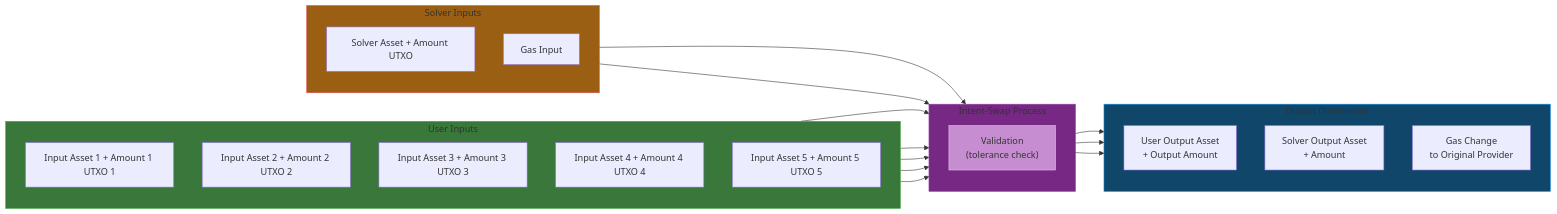
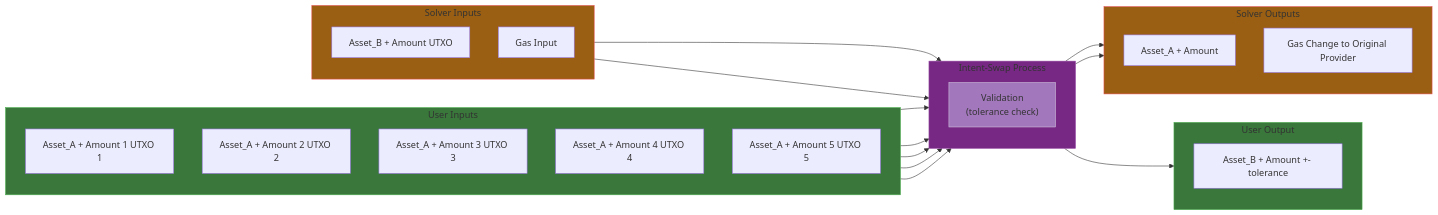
One commit to CatspersCoffee/intent-swap changed the diagram in README.md. Above: the diagram before and after it, drawn with Mermaid. The commit also changed other lines of this file, not shown here.

````diff
--- a/README.md
+++ b/README.md
@@ -110,46 +112,51 @@
 ```mermaid
 flowchart LR
     subgraph User["User Inputs"]
         direction TB
-        I1[Input Asset 1 + Amount 1 UTXO 1]
-        I2[Input Asset 2 + Amount 2 UTXO 2]
-        I3[Input Asset 3 + Amount 3 UTXO 3]
-        I4[Input Asset 4 + Amount 4 UTXO 4]
-        I5[Input Asset 5 + Amount 5 UTXO 5]
+        I1[Asset_A + Amount 1 UTXO 1]
+        I2[Asset_A + Amount 2 UTXO 2]
+        I3[Asset_A + Amount 3 UTXO 3]
+        I4[Asset_A + Amount 4 UTXO 4]
+        I5[Asset_A + Amount 5 UTXO 5]
     end
 
     subgraph Solver["Solver Inputs"]
         direction TB
-        S1[Solver Asset + Amount UTXO]
+        S1[Asset_B + Amount UTXO]
         G1[Gas Input]
     end
 
     subgraph Swap["Intent-Swap Process"]
         direction TB
         V["Validation\n(tolerance check)"]
     end
 
-    subgraph Outputs["Output Distribution"]
+    subgraph OutputUser["User Output"]
         direction TB
-        O1[User Output Asset\n + Output Amount]
-        O2[Solver Output Asset\n + Amount]
-        O3[Gas Change\n to Original Provider]
+        OB1[Asset_B + Amount +- tolerance]
+    end
+
+    subgraph OutputsSolver["Solver Outputs"]
+        direction TB
+        OB2[Asset_A + Amount]
+        OB3[Gas Change to Original Provider]
     end
 
     I1 --> V
     I2 --> V
     I3 --> V
     I4 --> V
     I5 --> V
     S1 --> V
     G1 --> V
-    V --> O1
-    V --> O2
-    V --> O3
+    V --> OB1
+    V --> OB2
+    V --> OB3
 
     style User fill:#39773A,stroke:#4caf50
     style Solver fill:#9A5F13,stroke:#e24a4a
     style Swap fill:#762884,stroke:#9547A2
-    style Outputs fill:#0F466A,stroke:#0a90e2
-    style V fill:#C78DD1,stroke:#E0C7E6
+    style OutputUser fill:#39773A,stroke:#4caf50
+    style OutputsSolver fill:#9A5F13,stroke:#e24a4a
+    style V fill:#A277BC,stroke:#D2C2DC
 ```
````
